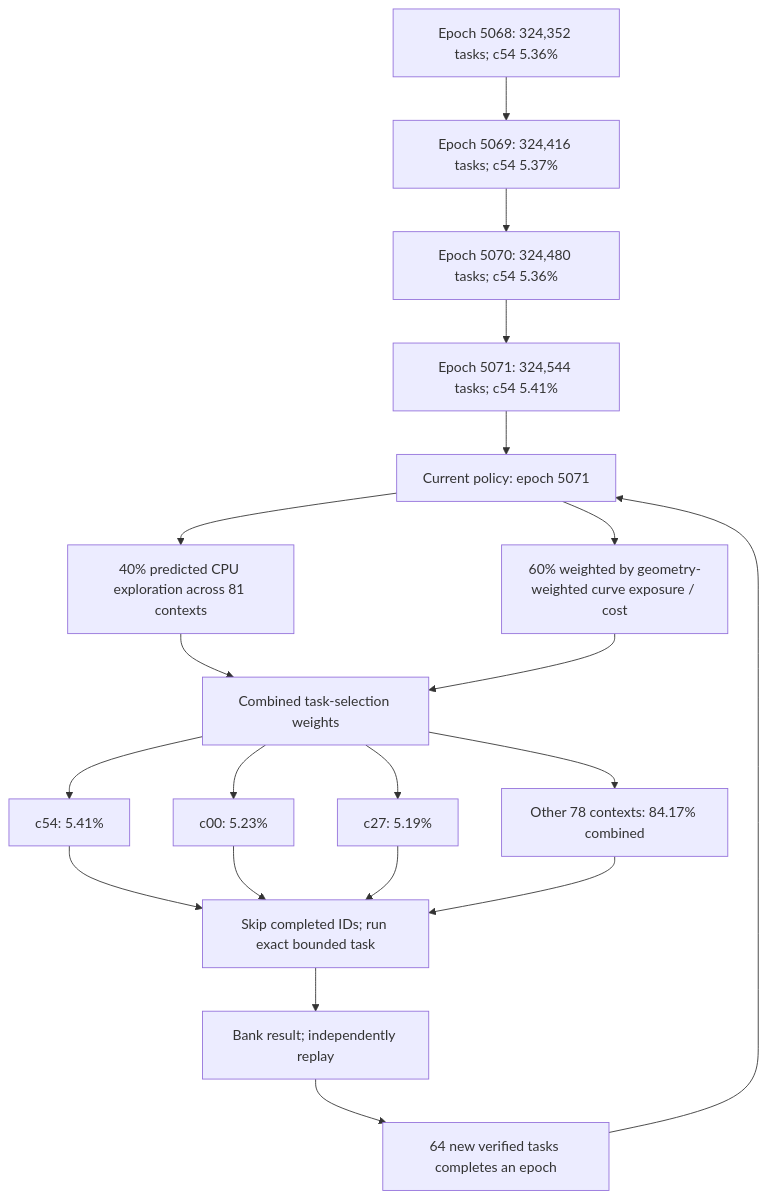
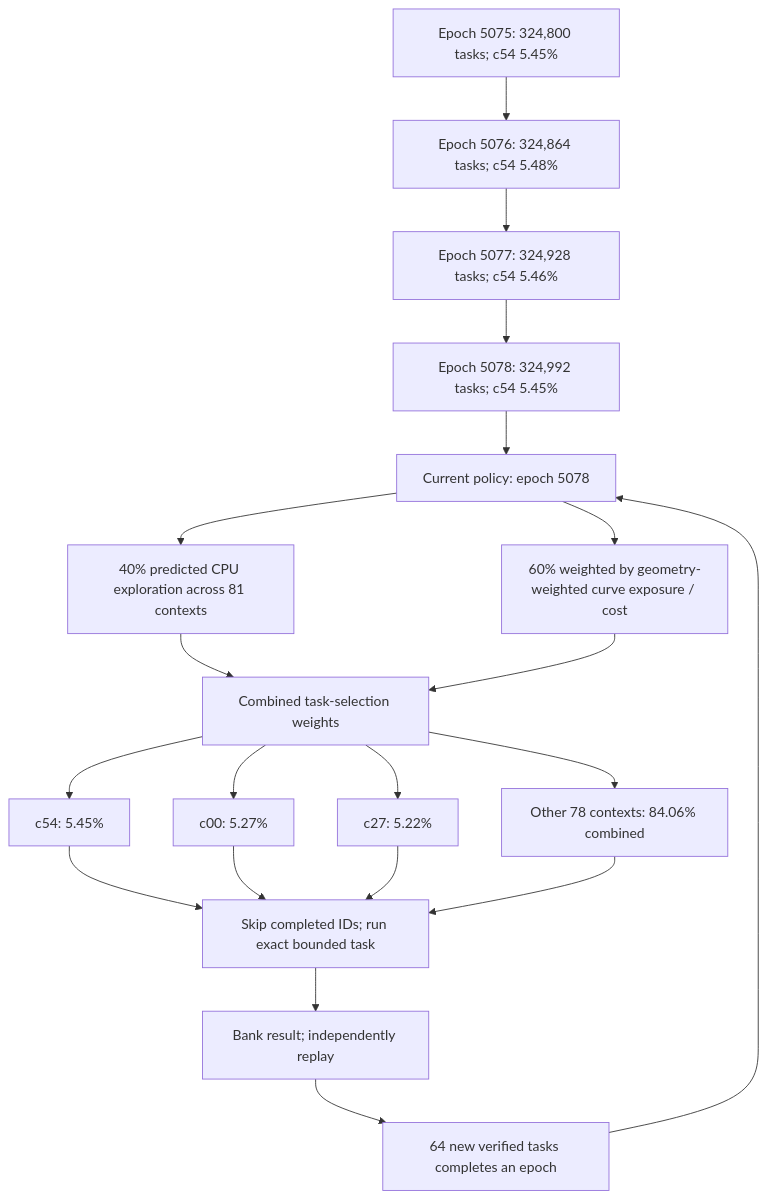
Before and after one commit to Kuberwastaken/math-gambling: the first of 3 diagrams in README.md, drawn with Mermaid. The commit also changed other lines of this file and 1556 other files, not shown here.

````diff
--- a/README.md
+++ b/README.md
@@ -60,27 +60,27 @@
 ```mermaid
 flowchart TD
-    H0["Epoch 5068: 324,352 tasks; c54 5.36%"]
-    H1["Epoch 5069: 324,416 tasks; c54 5.37%"]
+    H0["Epoch 5075: 324,800 tasks; c54 5.45%"]
+    H1["Epoch 5076: 324,864 tasks; c54 5.48%"]
     H0 --> H1
-    H2["Epoch 5070: 324,480 tasks; c54 5.36%"]
+    H2["Epoch 5077: 324,928 tasks; c54 5.46%"]
     H1 --> H2
-    H3["Epoch 5071: 324,544 tasks; c54 5.41%"]
+    H3["Epoch 5078: 324,992 tasks; c54 5.45%"]
     H2 --> H3
-    Policy["Current policy: epoch 5071"]
+    Policy["Current policy: epoch 5078"]
     H3 --> Policy
     Policy --> Explore["40% predicted CPU exploration across 81 contexts"]
     Policy --> Cost["60% weighted by geometry-weighted curve exposure / cost"]
     Explore --> Mix["Combined task-selection weights"]
     Cost --> Mix
-    Mix --> C0["c54: 5.41%"]
-    Mix --> C1["c00: 5.23%"]
-    Mix --> C2["c27: 5.19%"]
-    Mix --> Rest["Other 78 contexts: 84.17% combined"]
+    Mix --> C0["c54: 5.45%"]
+    Mix --> C1["c00: 5.27%"]
+    Mix --> C2["c27: 5.22%"]
+    Mix --> Rest["Other 78 contexts: 84.06% combined"]
     C0 --> Check["Skip completed IDs; run exact bounded task"]
     C1 --> Check
     C2 --> Check
     Rest --> Check
     Check --> Replay["Bank result; independently replay"]
     Replay --> Gate["64 new verified tasks completes an epoch"]
     Gate --> Policy
 ```
````
